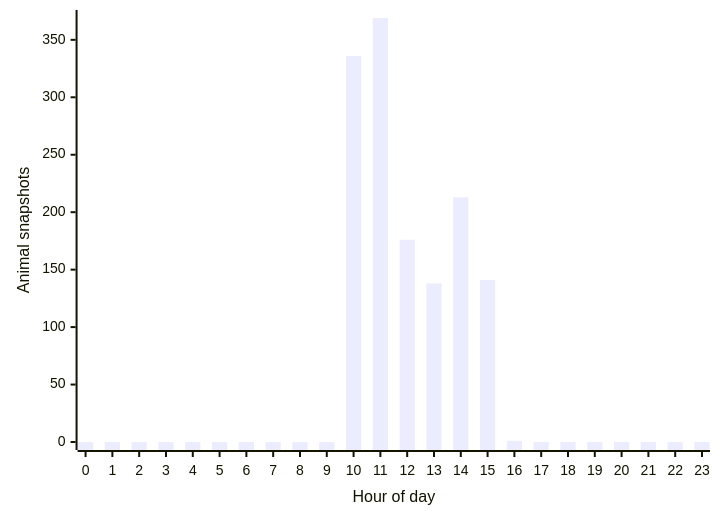
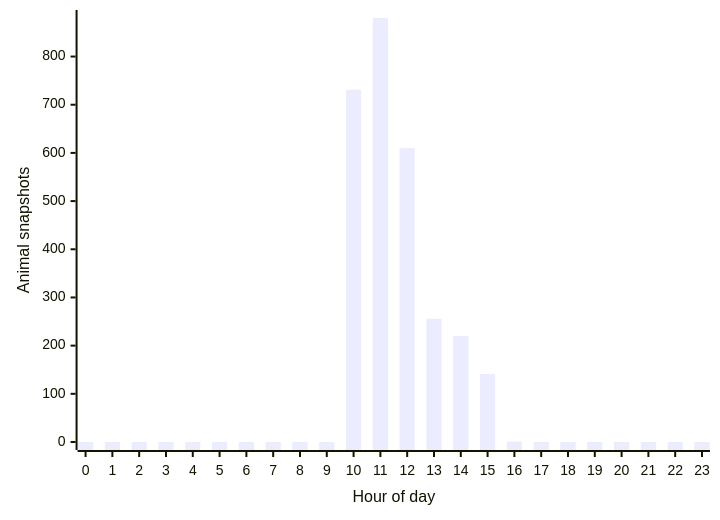
One commit to joshuafrommeyer-35/PierTracker changed the second of 4 diagrams in README.md. Above: the diagram before and after it, drawn with Mermaid. The commit also changed other lines of this file and 7 other files, not shown here.

````diff
--- a/README.md
+++ b/README.md
@@ -106,6 +116,6 @@
 ```mermaid
 xychart-beta
     x-axis "Hour of day" [0, 1, 2, 3, 4, 5, 6, 7, 8, 9, 10, 11, 12, 13, 14, 15, 16, 17, 18, 19, 20, 21, 22, 23]
     y-axis "Animal snapshots"
-    bar [0, 0, 0, 0, 0, 0, 0, 0, 0, 0, 336, 369, 176, 138, 213, 141, 1, 0, 0, 0, 0, 0, 0, 0]
+    bar [0, 0, 0, 0, 0, 0, 0, 0, 0, 0, 731, 880, 610, 256, 220, 141, 1, 0, 0, 0, 0, 0, 0, 0]
 ```
````
